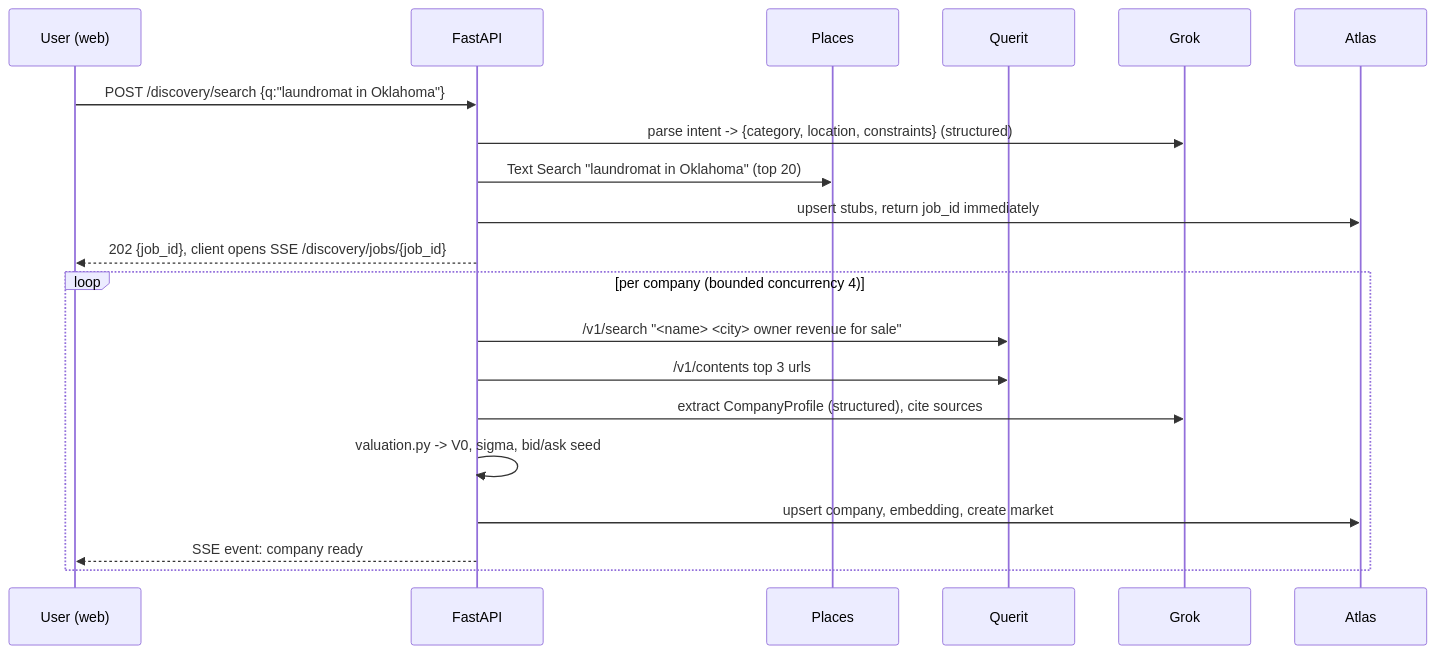
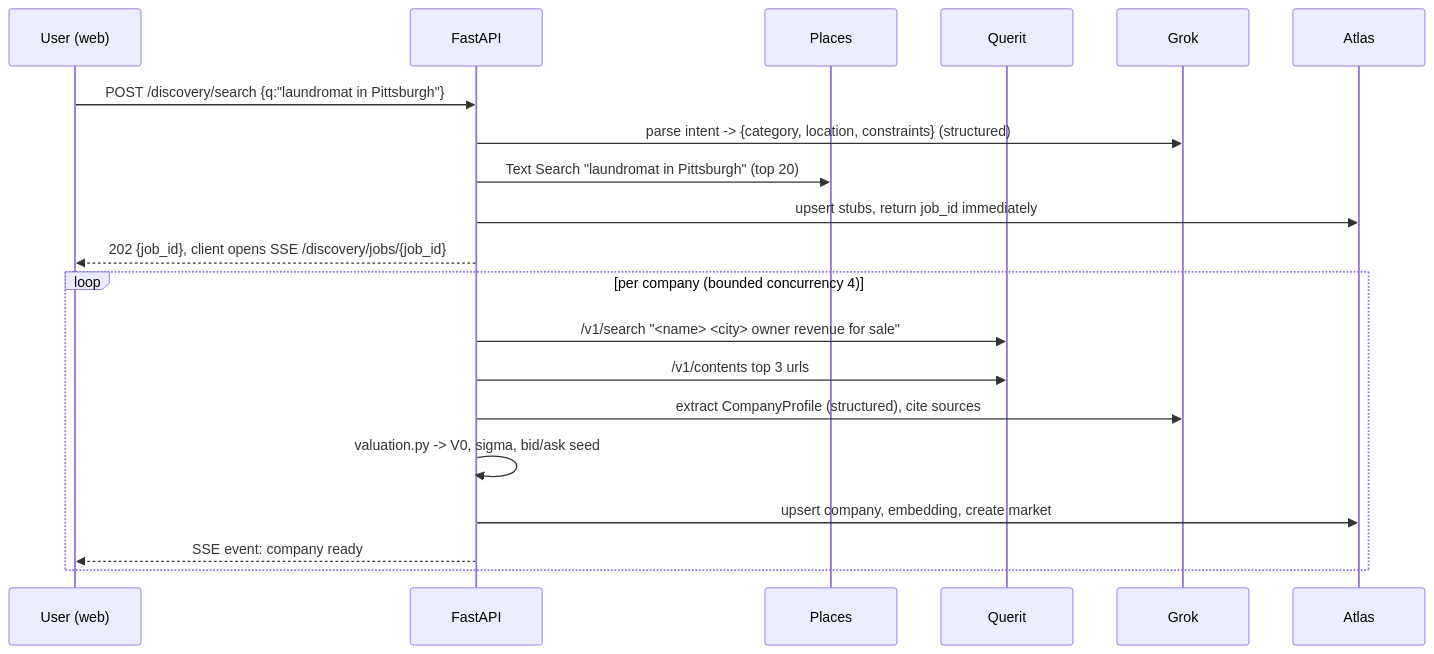
Before and after one commit to NMDASC/Bartr: the second of 2 diagrams in Plan.md, drawn with Mermaid. The commit also changed other lines of this file, not shown here.

Commit message:
Plan: Pittsburgh examples throughout

````diff
--- a/Plan.md
+++ b/Plan.md
@@ -237,22 +237,22 @@
 ```mermaid
 sequenceDiagram
   participant U as User (web)
   participant API as FastAPI
   participant PL as Places
   participant QR as Querit
   participant GK as Grok
   participant DB as Atlas
-  U->>API: POST /discovery/search {q:"laundromat in Oklahoma"}
+  U->>API: POST /discovery/search {q:"laundromat in Pittsburgh"}
   API->>GK: parse intent -> {category, location, constraints} (structured)
-  API->>PL: Text Search "laundromat in Oklahoma" (top 20)
+  API->>PL: Text Search "laundromat in Pittsburgh" (top 20)
   API->>DB: upsert stubs, return job_id immediately
   API-->>U: 202 {job_id}, client opens SSE /discovery/jobs/{job_id}
   loop per company (bounded concurrency 4)
     API->>QR: /v1/search "<name> <city> owner revenue for sale"
     API->>QR: /v1/contents top 3 urls
     API->>GK: extract CompanyProfile (structured), cite sources
     API->>API: valuation.py -> V0, sigma, bid/ask seed
     API->>DB: upsert company, embedding, create market
     API-->>U: SSE event: company ready
   end
 ```
````
